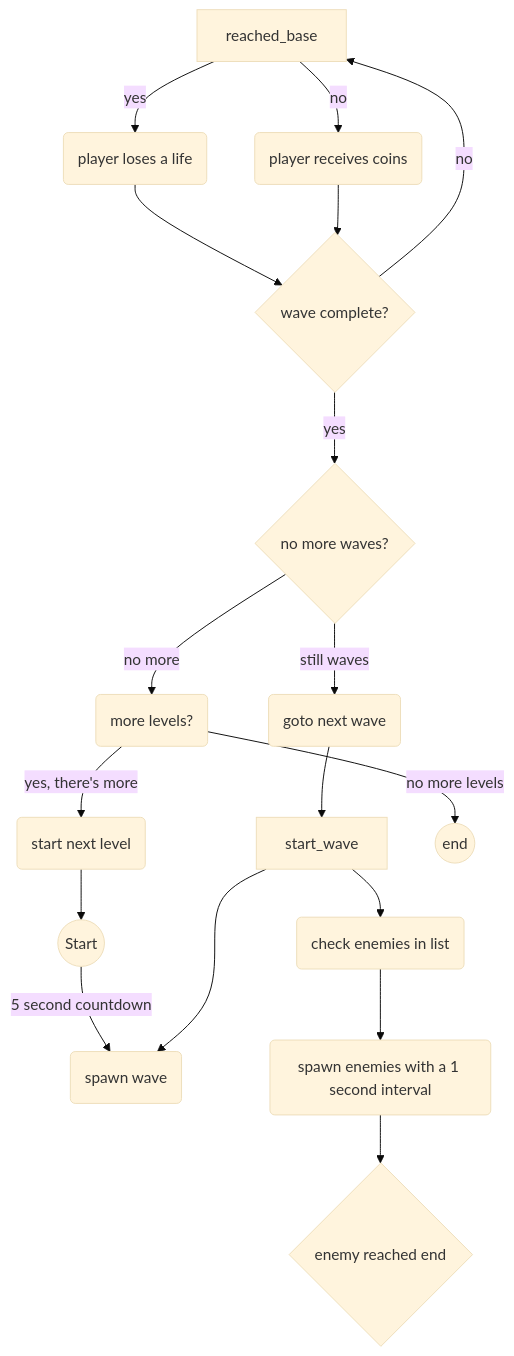
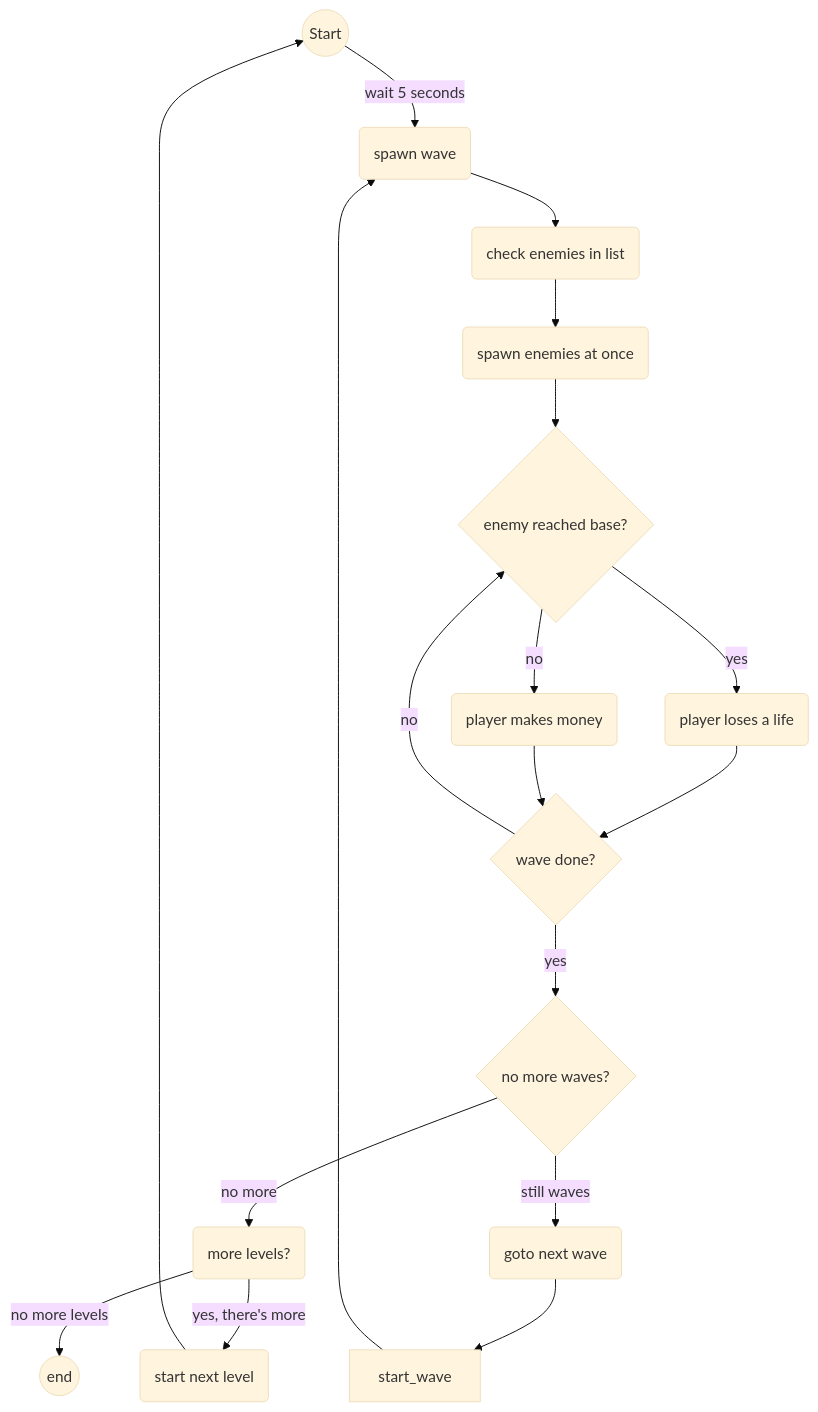
One commit to DutchMTC/Tower-Defense changed the first of 2 diagrams in README.md. Above: the diagram before and after it, drawn with Mermaid (base theme). The commit also changed other lines of this file, not shown here.

````diff
--- a/README.md
+++ b/README.md
@@ -3,21 +3,21 @@
 ```mermaid
 flowchart TD
 
-start((Start)) -->|5 second countdown| spawn_w(spawn wave)
-start_wave --> check_enemies(check enemies in list)
-check_enemies --> spawn_enemies(spawn enemies with a 1 second interval)
-spawn_enemies --> reached_end{enemy reached end}
+start((Start)) -->|wait 5 seconds| spawn_w(spawn wave)
+spawn_w --> checken(check enemies in list)
+checken --> spawn_e(spawn enemies at once)
+spawn_e --> reached_base{enemy reached base?}
 reached_base -->|yes| lose_life(player loses a life)
-reached_base -->|no| money(player receives coins)
-lose_life --> wave_complete{wave complete?}
-money --> wave_complete
-wave_complete -->|no| reached_base
+reached_base -->|no| money(player makes money)
+lose_life --> wave_done{wave done?}
+money --> wave_done
+wave_done -->|no| reached_base
 no_more_waves{no more waves?} -->|no more| more_lev(more levels?)
-wave_complete -->|yes| no_more_waves
+wave_done -->|yes| no_more_waves
 no_more_waves -->|still waves| next_wave(goto next wave)
 next_wave --> start_wave
 start_wave --> spawn_w
 more_lev -->|yes, there's more| next_lev(start next level)
 more_lev -->|no more levels| end_d((end))
 next_lev --> start
 ```
````
